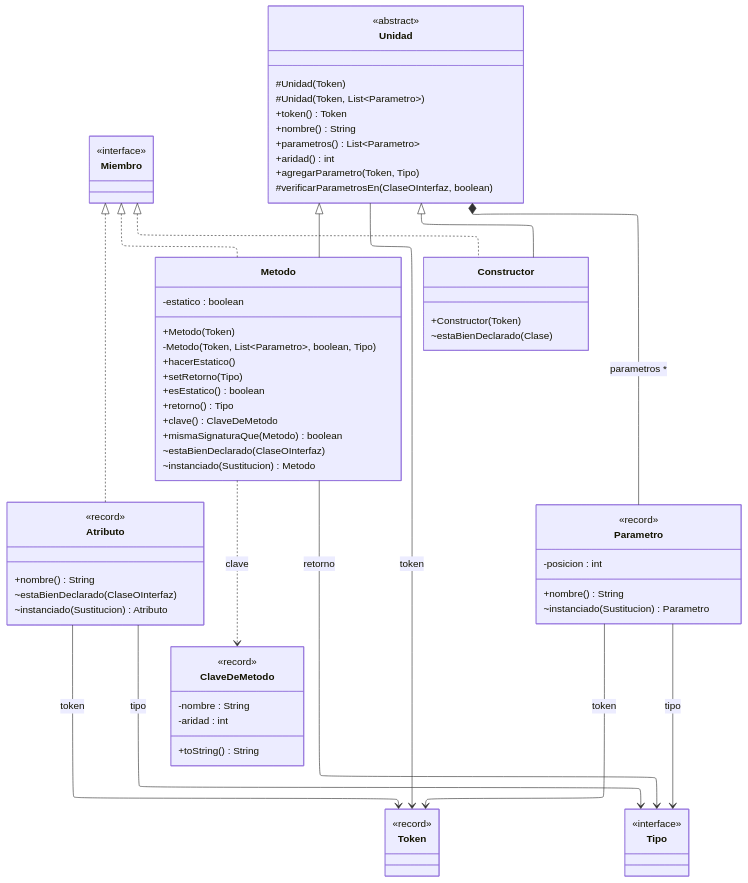
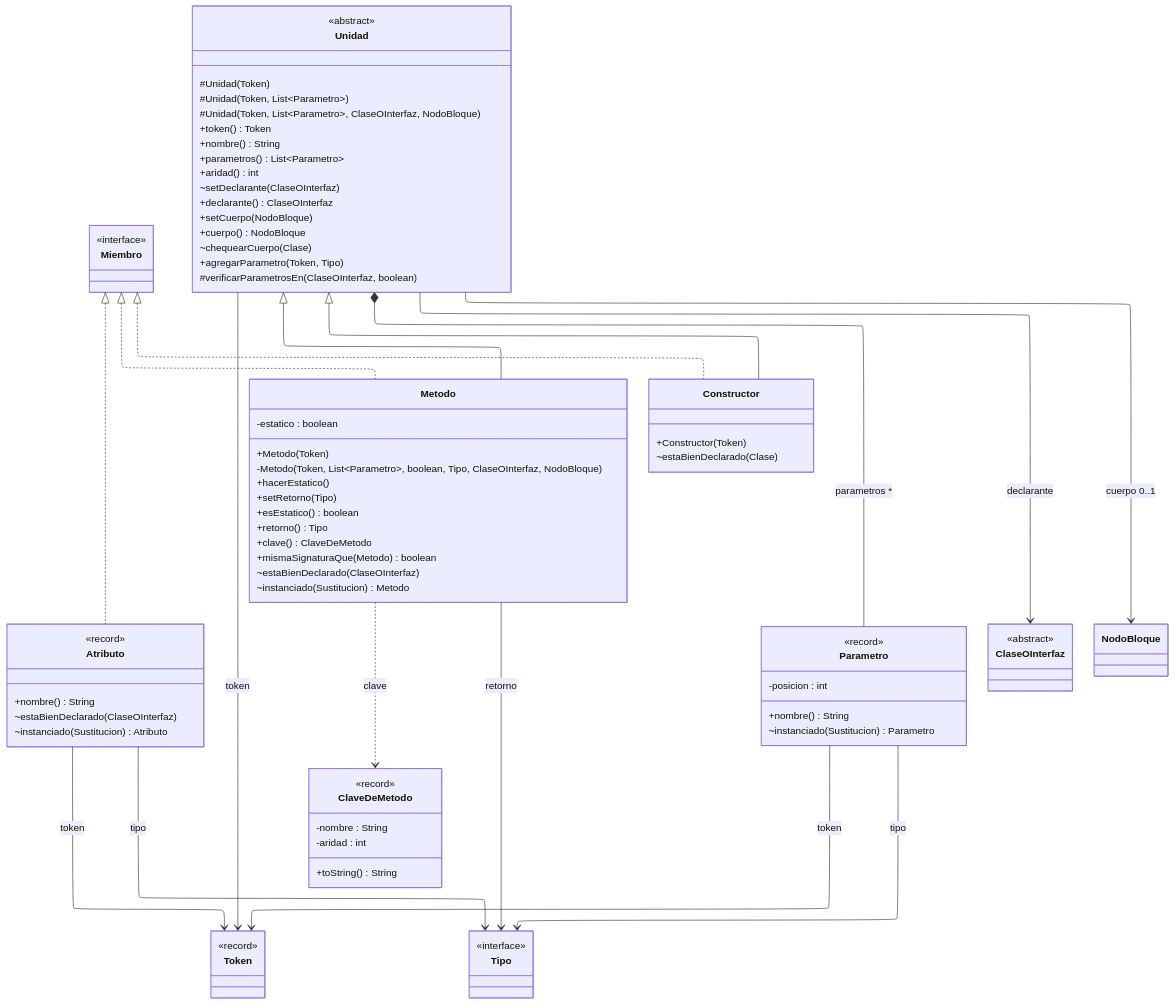
The fourth of 5 diagrams in documentacion/semantico/arquitectura-del-analizador-semantico.md (agustinpaul0/Proyecto-CEI), drawn with Mermaid before and after one commit. The commit also changed other lines of this file and 795 other files, not shown here.

```diff
--- a/documentacion/semantico/arquitectura-del-analizador-semantico.md
+++ b/documentacion/semantico/arquitectura-del-analizador-semantico.md
@@ -245,17 +257,23 @@
         <<abstract>>
         #Unidad(Token)
         #Unidad(Token, List~Parametro~)
+        #Unidad(Token, List~Parametro~, ClaseOInterfaz, NodoBloque)
         +token() Token
         +nombre() String
         +parametros() List~Parametro~
         +aridad() int
+        ~setDeclarante(ClaseOInterfaz)
+        +declarante() ClaseOInterfaz
+        +setCuerpo(NodoBloque)
+        +cuerpo() NodoBloque
+        ~chequearCuerpo(Clase)
         +agregarParametro(Token, Tipo)
         #verificarParametrosEn(ClaseOInterfaz, boolean)
     }
     class Metodo {
         -estatico : boolean
         +Metodo(Token)
-        -Metodo(Token, List~Parametro~, boolean, Tipo)
+        -Metodo(Token, List~Parametro~, boolean, Tipo, ClaseOInterfaz, NodoBloque)
         +hacerEstatico()
         +setRetorno(Tipo)
         +esEstatico() boolean
@@ -287,12 +305,18 @@
     class Tipo {
         <<interface>>
     }
+    class ClaseOInterfaz {
+        <<abstract>>
+    }
+    class NodoBloque
     Miembro <|.. Atributo
     Miembro <|.. Metodo
     Miembro <|.. Constructor
     Unidad <|-- Metodo
     Unidad <|-- Constructor
     Unidad --> Token : token
+    Unidad --> ClaseOInterfaz : declarante
+    Unidad --> NodoBloque : cuerpo 0..1
     Unidad *-- Parametro : parametros *
     Metodo --> Tipo : retorno
     Metodo ..> ClaveDeMetodo : clave
```
